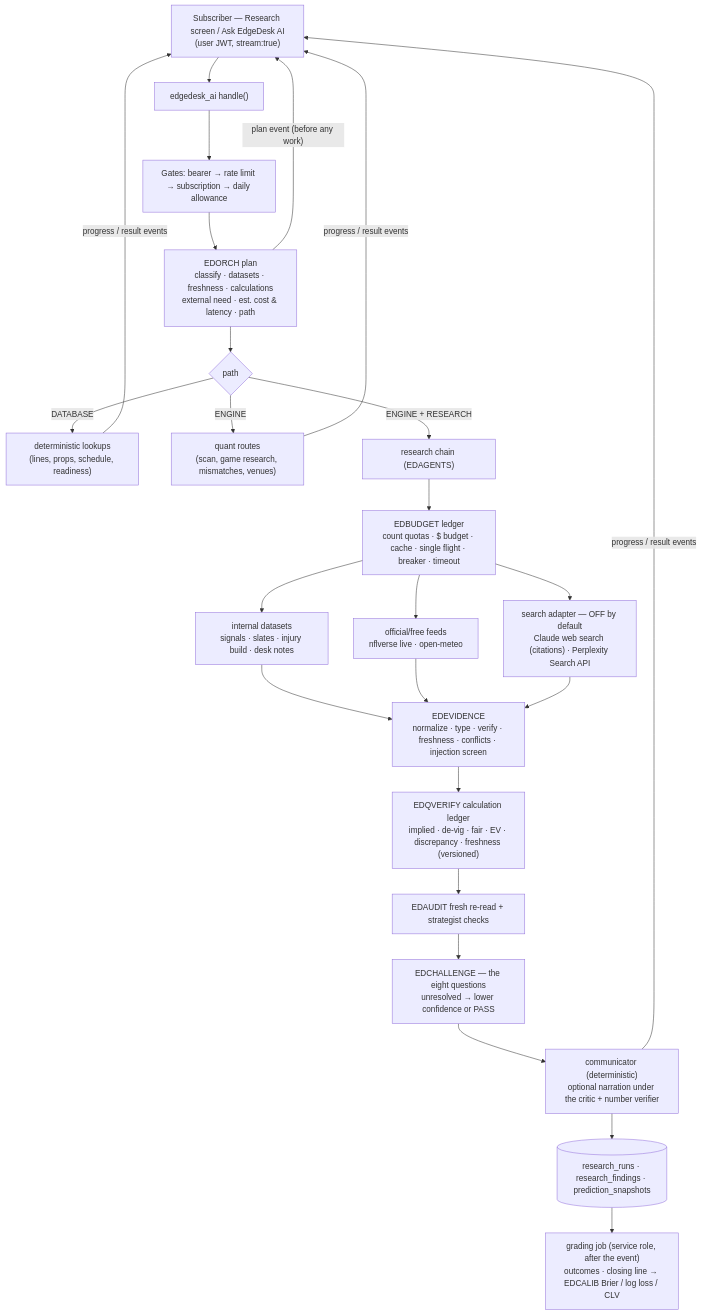
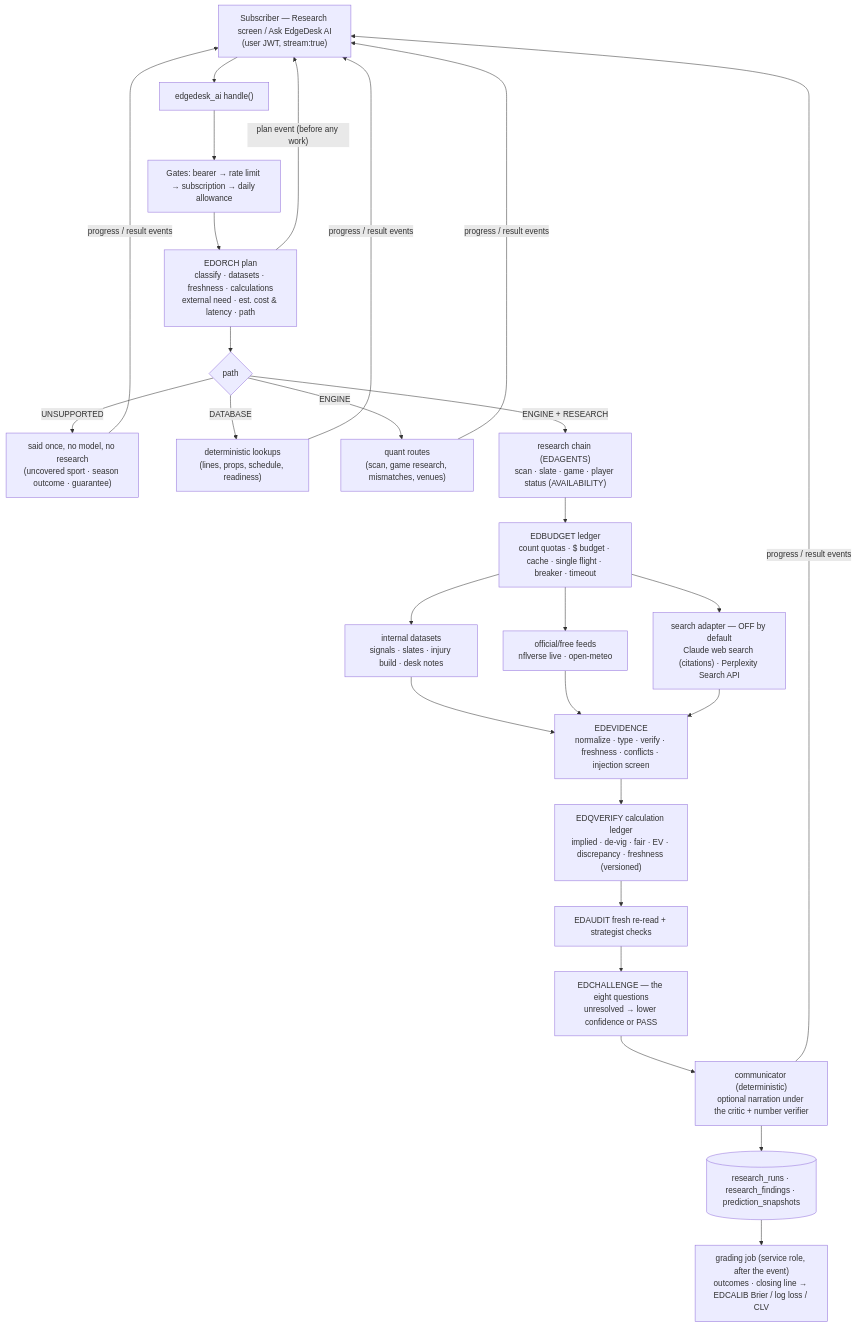
The diagram in docs/research-engine/ARCHITECTURE.md (dsrackler17/EdgeDeskSports), drawn with Mermaid before and after one commit. The commit also changed other lines of this file and 16 other files, not shown here.

````diff
--- a/docs/research-engine/ARCHITECTURE.md
+++ b/docs/research-engine/ARCHITECTURE.md
@@ -78,23 +78,24 @@
 ```mermaid
 flowchart TD
   U["Subscriber — Research screen / Ask EdgeDesk AI<br/>(user JWT, stream:true)"] --> H["edgedesk_ai handle()"]
   H --> G["Gates: bearer → rate limit → subscription → daily allowance"]
   G --> O["EDORCH plan<br/>classify · datasets · freshness · calculations<br/>external need · est. cost & latency · path"]
   O -- "plan event (before any work)" --> U
   O --> P{path}
+  P -- UNSUPPORTED --> X["said once, no model, no research<br/>(uncovered sport · season outcome · guarantee)"]
   P -- DATABASE --> D["deterministic lookups<br/>(lines, props, schedule, readiness)"]
   P -- ENGINE --> E["quant routes<br/>(scan, game research, mismatches, venues)"]
-  P -- "ENGINE + RESEARCH" --> R["research chain (EDAGENTS)"]
+  P -- "ENGINE + RESEARCH" --> R["research chain (EDAGENTS)<br/>scan · slate · game · player status (AVAILABILITY)"]
   R --> L["EDBUDGET ledger<br/>count quotas · $ budget · cache · single flight · breaker · timeout"]
   L --> S1["internal datasets<br/>signals · slates · injury build · desk notes"]
   L --> S2["official/free feeds<br/>nflverse live · open-meteo"]
   L --> S3["search adapter — OFF by default<br/>Claude web search (citations) · Perplexity Search API"]
   S1 & S2 & S3 --> EV["EDEVIDENCE<br/>normalize · type · verify · freshness · conflicts · injection screen"]
   EV --> Q["EDQVERIFY calculation ledger<br/>implied · de-vig · fair · EV · discrepancy · freshness (versioned)"]
   Q --> A["EDAUDIT fresh re-read + strategist checks"]
   A --> C["EDCHALLENGE — the eight questions<br/>unresolved → lower confidence or PASS"]
   C --> N["communicator (deterministic)<br/>optional narration under the critic + number verifier"]
-  D & E & N -- "progress / result events" --> U
+  D & E & N & X -- "progress / result events" --> U
   N --> M[("research_runs · research_findings · prediction_snapshots")]
   M --> J["grading job (service role, after the event)<br/>outcomes · closing line → EDCALIB Brier / log loss / CLV"]
 ```
````
